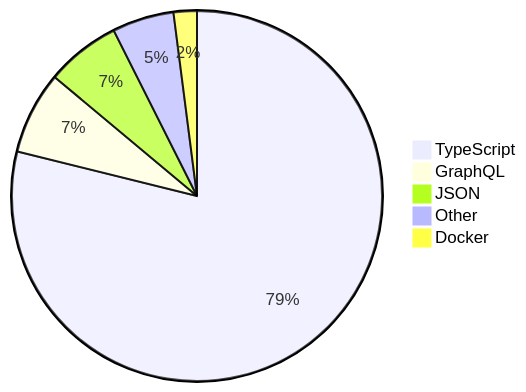
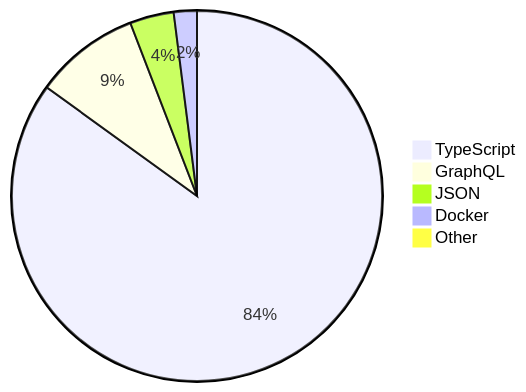
One commit to skvggor/skvggor changed the diagram in README.md. Above: the diagram before and after it, drawn with Mermaid.

Commit message:
Updated waka-readme graph with new metrics

````diff
--- a/README.md
+++ b/README.md
@@ -16,8 +16,8 @@
 ```mermaid
 pie
-    "TypeScript" : 77.6
-    "GraphQL" : 7.1
-    "JSON" : 6.4
-    "Other" : 5.3
+    "TypeScript" : 84.2
+    "GraphQL" : 9.1
+    "JSON" : 3.8
     "Docker" : 2.0
+    "Other" : 0.9
 ```
````
